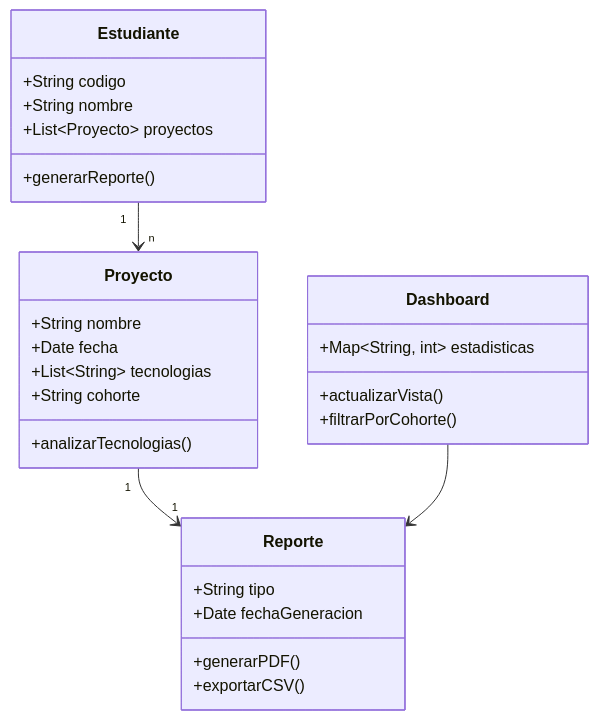
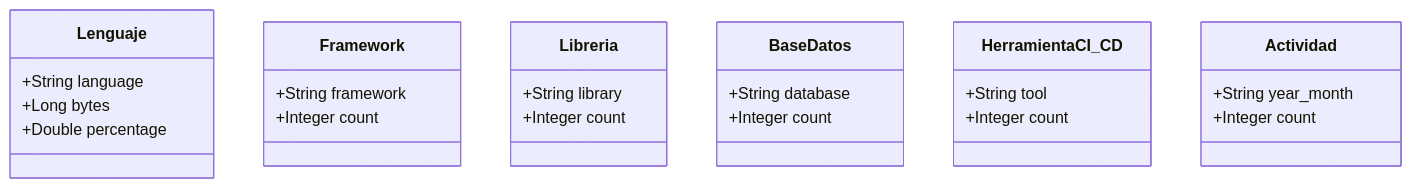
One commit to UPT-FAING-EPIS/proyecto-si885-2025-i-u1-hernandez_paja changed the sixth of 12 diagrams in FD04-EPIS-Informe Arquitectura de Software.md. Above: the diagram before and after it, drawn with Mermaid. The commit also changed other lines of this file and 1 other file, not shown here.

Commit message:
Actualizacion de diagramas FD04

````diff
--- a/FD04-EPIS-Informe Arquitectura de Software.md
+++ b/FD04-EPIS-Informe Arquitectura de Software.md
@@ -234,34 +234,37 @@
 ```mermaid
 classDiagram
-    class Proyecto {
-        +String nombre
-        +Date fecha
-        +List~String~ tecnologias
-        +String cohorte
-        +analizarTecnologias()
+    direction TB
+
+    %% Columna izquierda
+    class Lenguaje {
+        +String language
+        +Long bytes
+        +Double percentage
     }
-    
-    class Estudiante {
-        +String codigo
-        +String nombre
-        +List~Proyecto~ proyectos
-        +generarReporte()
+
+    class Framework {
+        +String framework
+        +Integer count
     }
-    
-    class Reporte {
-        +String tipo
-        +Date fechaGeneracion
-        +generarPDF()
-        +exportarCSV()
+
+    class Libreria {
+        +String library
+        +Integer count
     }
-    
-    class Dashboard {
-        +Map~String, int~ estadisticas
-        +actualizarVista()
-        +filtrarPorCohorte()
+
+    %% Columna derecha    
+    class BaseDatos {
+        +String database
+        +Integer count
     }
-    
-    Estudiante "1" --> "n" Proyecto
-    Proyecto "1" --> "1" Reporte
-    Dashboard --> Reporte
+
+    class HerramientaCI_CD {
+        +String tool
+        +Integer count
+    }
+
+    class Actividad {
+        +String year_month
+        +Integer count
+    }
 ```
````
